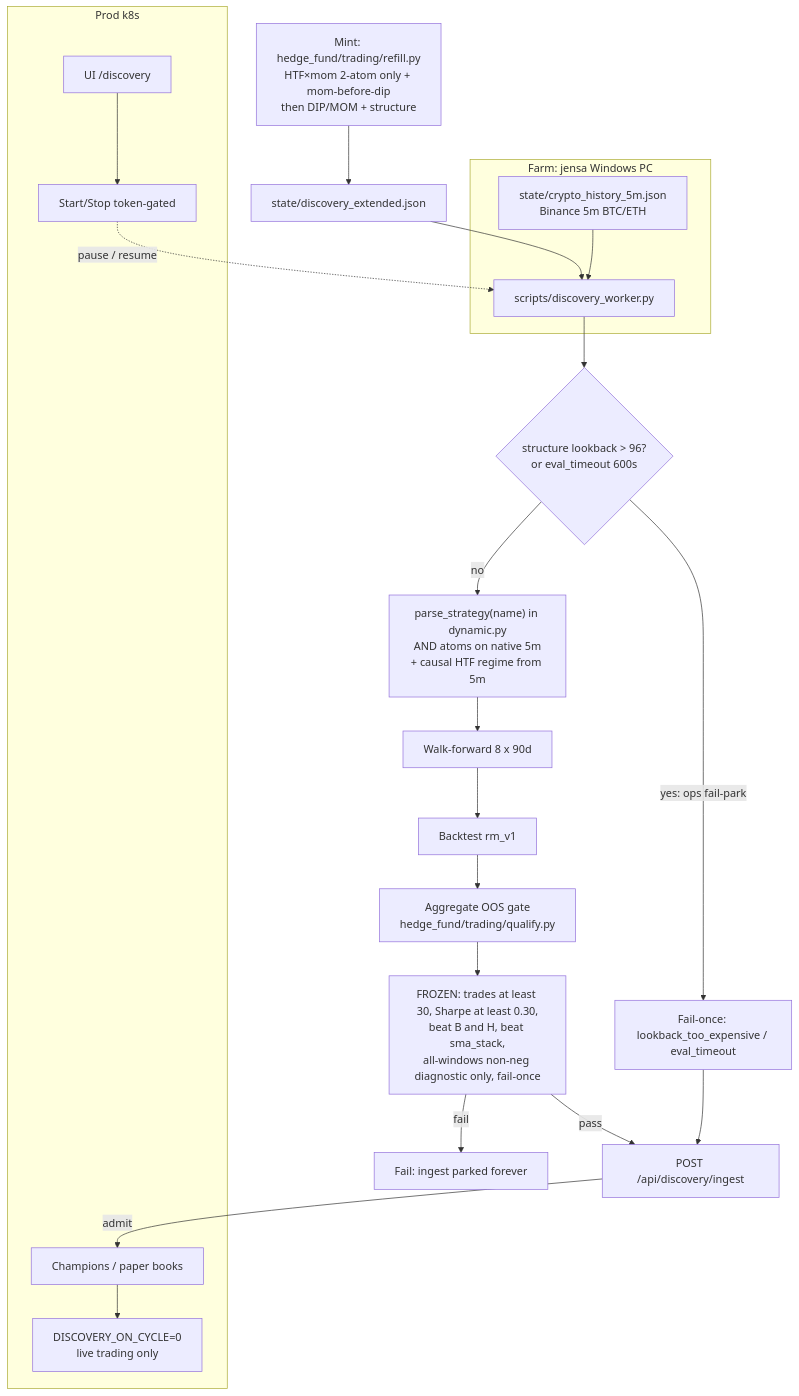
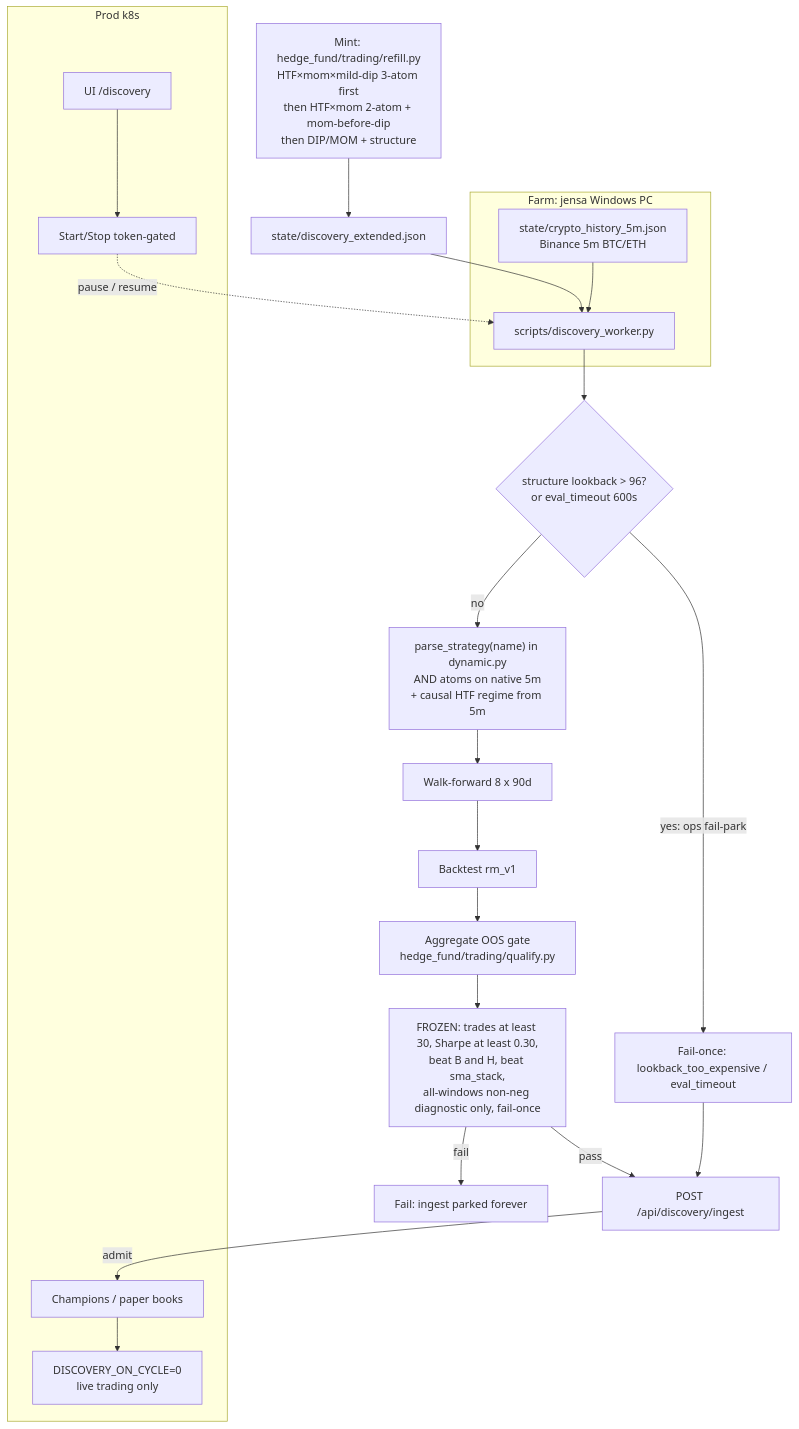
One commit to Runemark7/paper-trading-bot changed the first of 3 diagrams in docs/WORKFLOW.md. Above: the diagram before and after it, drawn with Mermaid. The commit also changed other lines of this file and 6 other files, not shown here.

First line of the commit message:
feat(discovery): un-dry mint with HTF winner 3-atoms (#59)

````diff
--- a/docs/WORKFLOW.md
+++ b/docs/WORKFLOW.md
@@ -50,42 +50,42 @@
 ```mermaid
 flowchart TB
-  recipe["Mint: hedge_fund/trading/refill.py\nHTF×mom 2-atom only + mom-before-dip\nthen DIP/MOM + structure"]
+  recipe["Mint: hedge_fund/trading/refill.py\nHTF×mom×mild-dip 3-atom first\nthen HTF×mom 2-atom + mom-before-dip\nthen DIP/MOM + structure"]
   ext["state/discovery_extended.json"]
   recipe --> ext
 
   subgraph farm [Farm: jensa Windows PC]
     worker["scripts/discovery_worker.py"]
     hist["state/crypto_history_5m.json\nBinance 5m BTC/ETH"]
   end
   ext --> worker
   hist --> worker
 
   guard{"structure lookback > 96?\nor eval_timeout 600s"}
   parse["parse_strategy(name) in dynamic.py\nAND atoms on native 5m\n+ causal HTF regime from 5m"]
   wf["Walk-forward 8 x 90d"]
   bt["Backtest rm_v1"]
   gate["Aggregate OOS gate\nhedge_fund/trading/qualify.py"]
   worker --> guard
   guard -->|"yes: ops fail-park"| parkOps["Fail-once: lookback_too_expensive / eval_timeout"]
   guard -->|no| parse --> wf --> bt --> gate
 
   frozen["FROZEN: trades at least 30, Sharpe at least 0.30,\nbeat B and H, beat sma_stack,\nall-windows non-neg diagnostic only, fail-once"]
   gate --> frozen
 
   ingest["POST /api/discovery/ingest"]
   park["Fail: ingest parked forever"]
   frozen -->|"pass"| ingest
   frozen -->|"fail"| park
   parkOps --> ingest
 
   subgraph prod [Prod k8s]
     champs["Champions / paper books"]
     live["DISCOVERY_ON_CYCLE=0\nlive trading only"]
     ui["UI /discovery"]
     ctl["Start/Stop token-gated"]
   end
   ingest -->|"admit"| champs
   champs --> live
   ui --> ctl
   ctl -.->|"pause / resume"| worker
 ```
````
